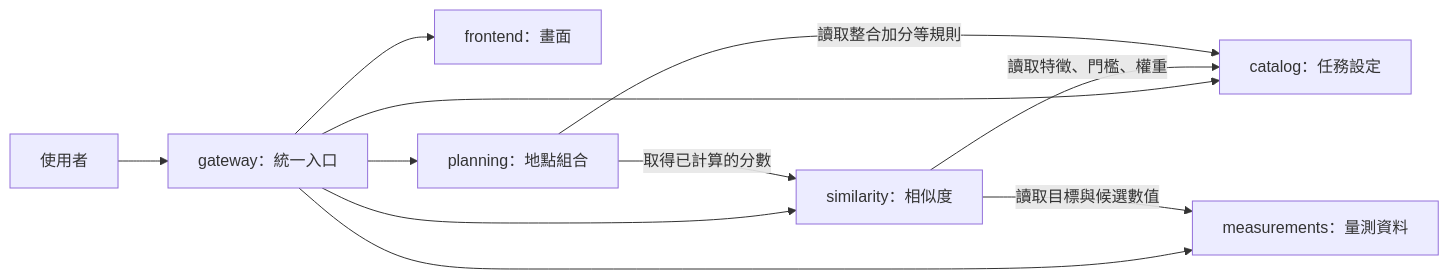
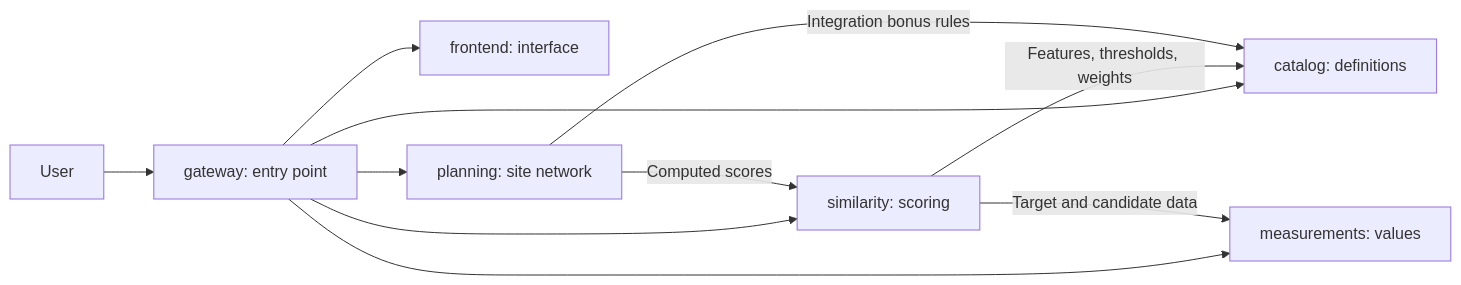
One commit to 77bigsun/nasa changed the diagram in docs/SERVICES.md. Above: the diagram before and after it, drawn with Mermaid. The commit also changed other lines of this file and 65 other files, not shown here.

````diff
--- a/docs/SERVICES.md
+++ b/docs/SERVICES.md
@@ -20,13 +20,13 @@
 ```mermaid
 flowchart LR
-  U[使用者] --> G[gateway：統一入口]
-  G --> F[frontend：畫面]
-  G --> C[catalog：任務設定]
-  G --> M[measurements：量測資料]
-  G --> S[similarity：相似度]
-  G --> P[planning：地點組合]
-  S -->|讀取特徵、門檻、權重| C
-  S -->|讀取目標與候選數值| M
-  P -->|取得已計算的分數| S
-  P -->|讀取整合加分等規則| C
+  U[User] --> G[gateway: entry point]
+  G --> F[frontend: interface]
+  G --> C[catalog: definitions]
+  G --> M[measurements: values]
+  G --> S[similarity: scoring]
+  G --> P[planning: site network]
+  S -->|Features, thresholds, weights| C
+  S -->|Target and candidate data| M
+  P -->|Computed scores| S
+  P -->|Integration bonus rules| C
 ```
````
